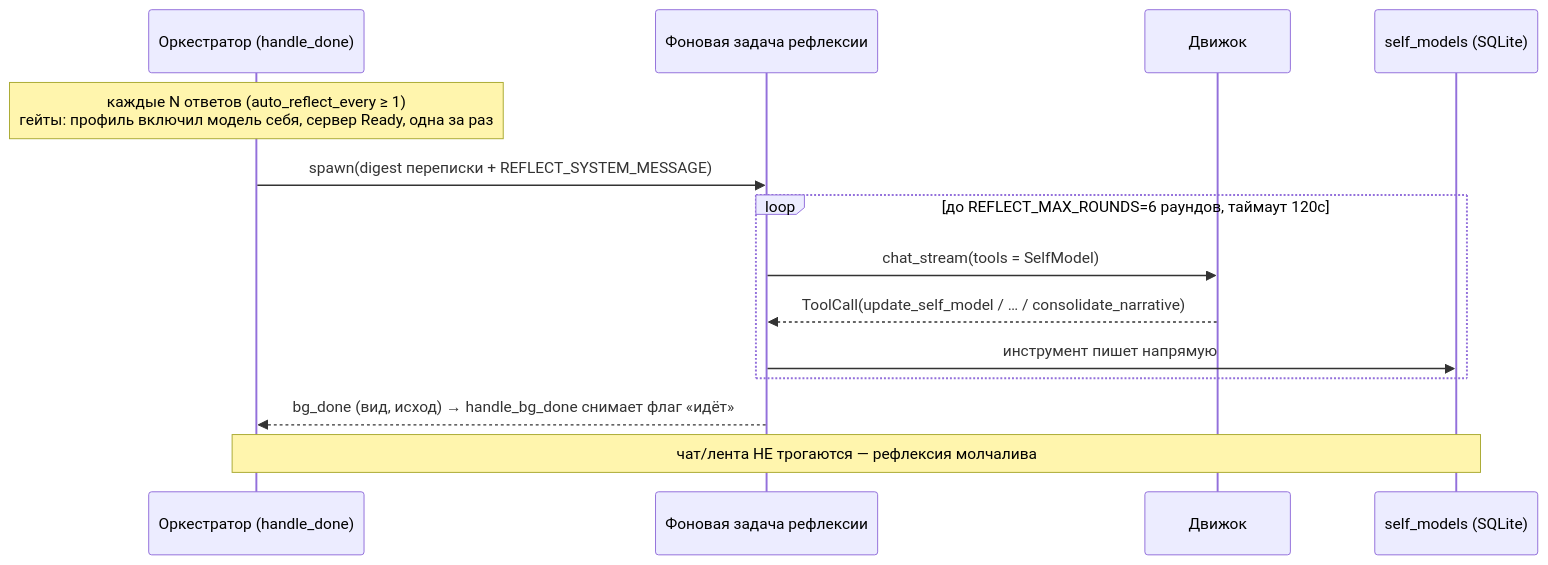
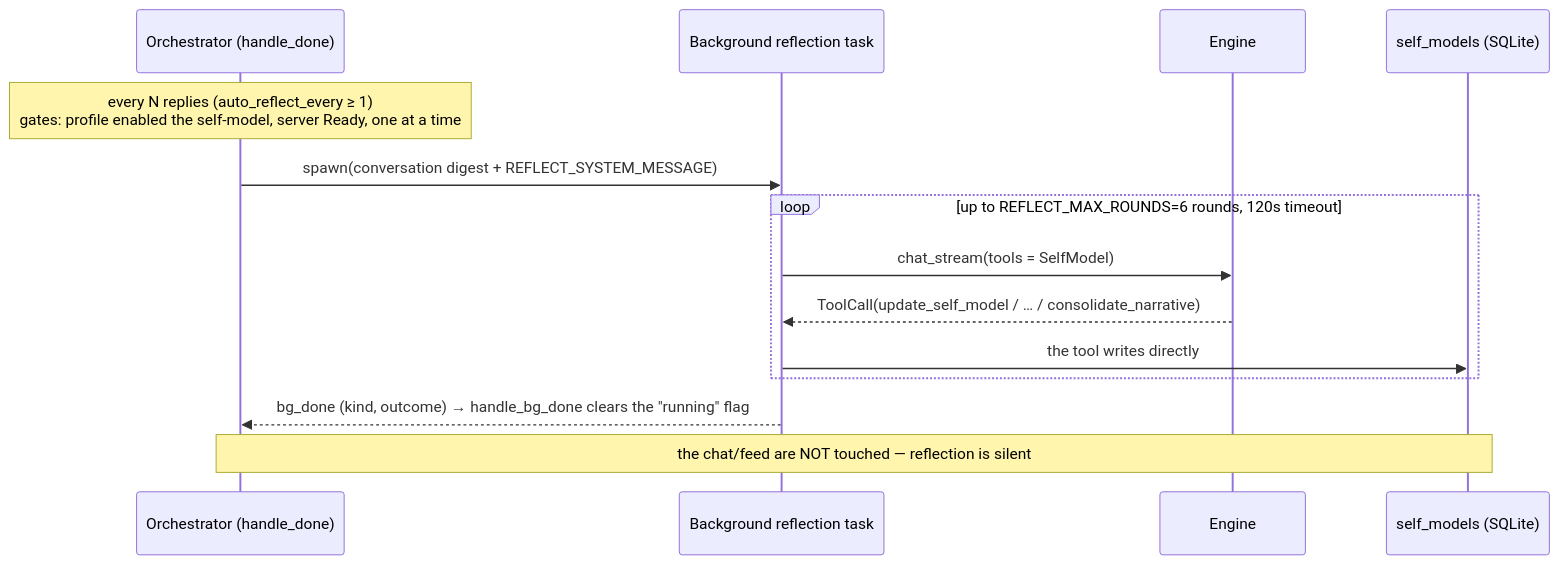
One commit to vshylov/mindfork-rs changed diagram 14 of 17 in docs/architecture.md. Above: the diagram before and after it, drawn with Mermaid. The commit also changed other lines of this file and 18 other files, not shown here.

````diff
--- a/docs/architecture.md
+++ b/docs/architecture.md
@@ -1257,16 +1354,16 @@
 ```mermaid
 sequenceDiagram
-    participant ORCH as Оркестратор (handle_done)
-    participant TASK as Фоновая задача рефлексии
-    participant LLM as Движок
+    participant ORCH as Orchestrator (handle_done)
+    participant TASK as Background reflection task
+    participant LLM as Engine
     participant DB as self_models (SQLite)
-    Note over ORCH: каждые N ответов (auto_reflect_every ≥ 1)<br/>гейты: профиль включил модель себя, сервер Ready, одна за раз
-    ORCH->>TASK: spawn(digest переписки + REFLECT_SYSTEM_MESSAGE)
-    loop до REFLECT_MAX_ROUNDS=6 раундов, таймаут 120с
+    Note over ORCH: every N replies (auto_reflect_every ≥ 1)<br/>gates: profile enabled the self-model, server Ready, one at a time
+    ORCH->>TASK: spawn(conversation digest + REFLECT_SYSTEM_MESSAGE)
+    loop up to REFLECT_MAX_ROUNDS=6 rounds, 120s timeout
         TASK->>LLM: chat_stream(tools = SelfModel)
         LLM-->>TASK: ToolCall(update_self_model / … / consolidate_narrative)
-        TASK->>DB: инструмент пишет напрямую
+        TASK->>DB: the tool writes directly
     end
-    TASK-->>ORCH: bg_done (вид, исход) → handle_bg_done снимает флаг «идёт»
-    Note over ORCH,DB: чат/лента НЕ трогаются — рефлексия молчалива
+    TASK-->>ORCH: bg_done (kind, outcome) → handle_bg_done clears the "running" flag
+    Note over ORCH,DB: the chat/feed are NOT touched — reflection is silent
 ```
````
